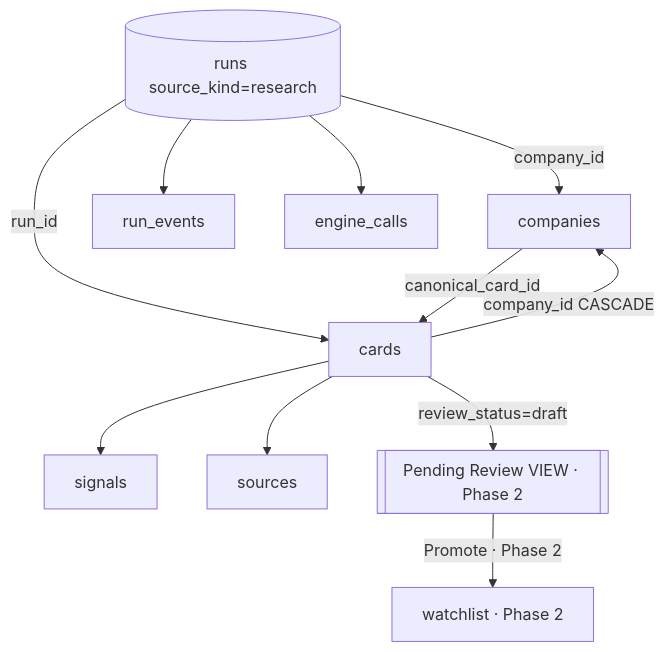
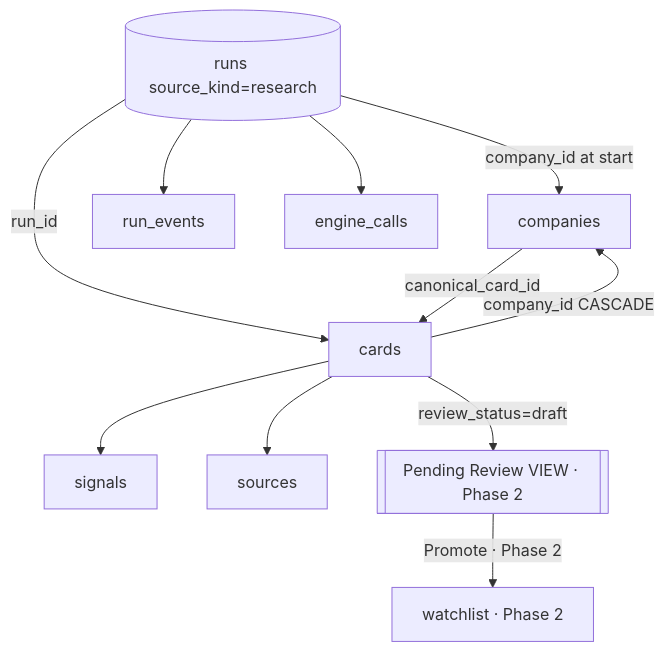
One commit to Growth-Maschine/NORAD-INTEL-ENGINE-V1 changed the fourth of 10 diagrams in docs/phase-1/P1-04-admin.md. Above: the diagram before and after it, drawn with Mermaid. The commit also changed other lines of this file and 8 other files, not shown here.

````diff
--- a/docs/phase-1/P1-04-admin.md
+++ b/docs/phase-1/P1-04-admin.md
@@ -958,22 +979,22 @@
 ```mermaid
 flowchart TB
     RUNS[(runs source_kind=research)]
     CO[companies]
     CARD[cards]
     SIG[signals]
     SRC[sources]
     EV[run_events]
     EC[engine_calls]
 
-    RUNS -->|company_id| CO
+    RUNS -->|company_id at start| CO
     RUNS -->|run_id| CARD
     CARD -->|company_id CASCADE| CO
     CO -->|canonical_card_id| CARD
     CARD --> SIG
     CARD --> SRC
     RUNS --> EV
     RUNS --> EC
 
     CARD -->|review_status=draft| PR[[Pending Review VIEW · Phase 2]]
     PR -->|Promote · Phase 2| WL[watchlist · Phase 2]
 ```
````
